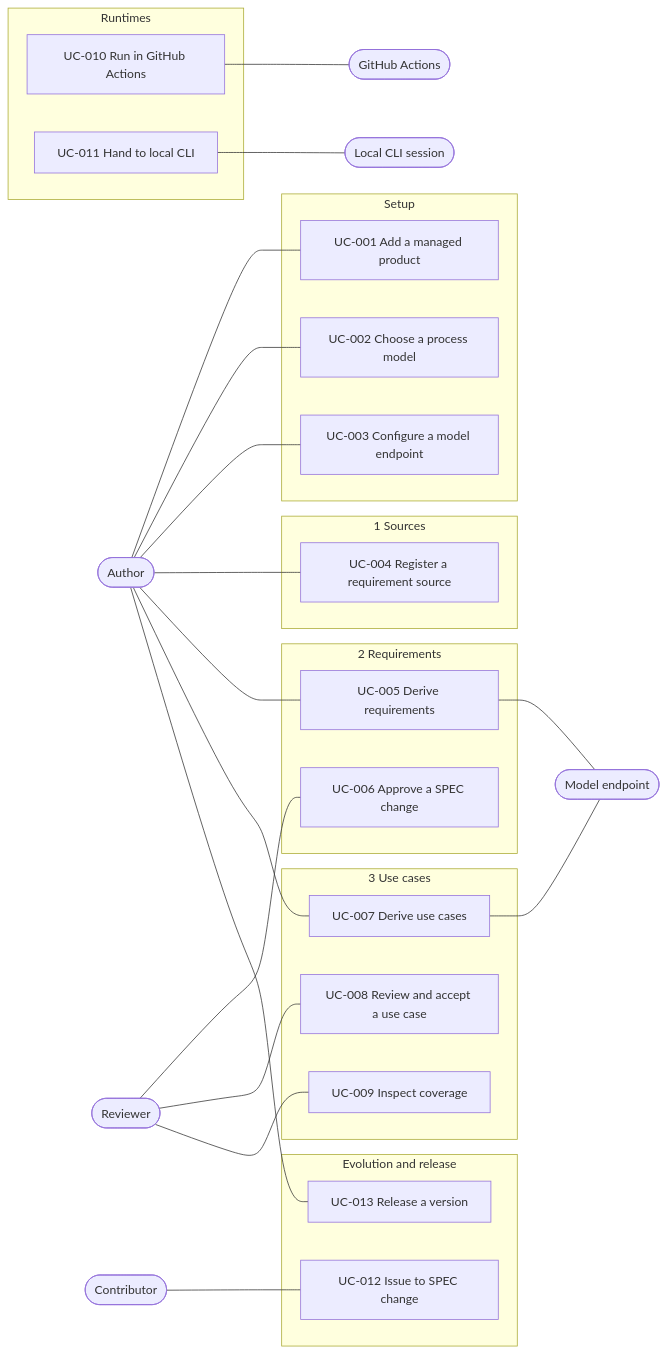
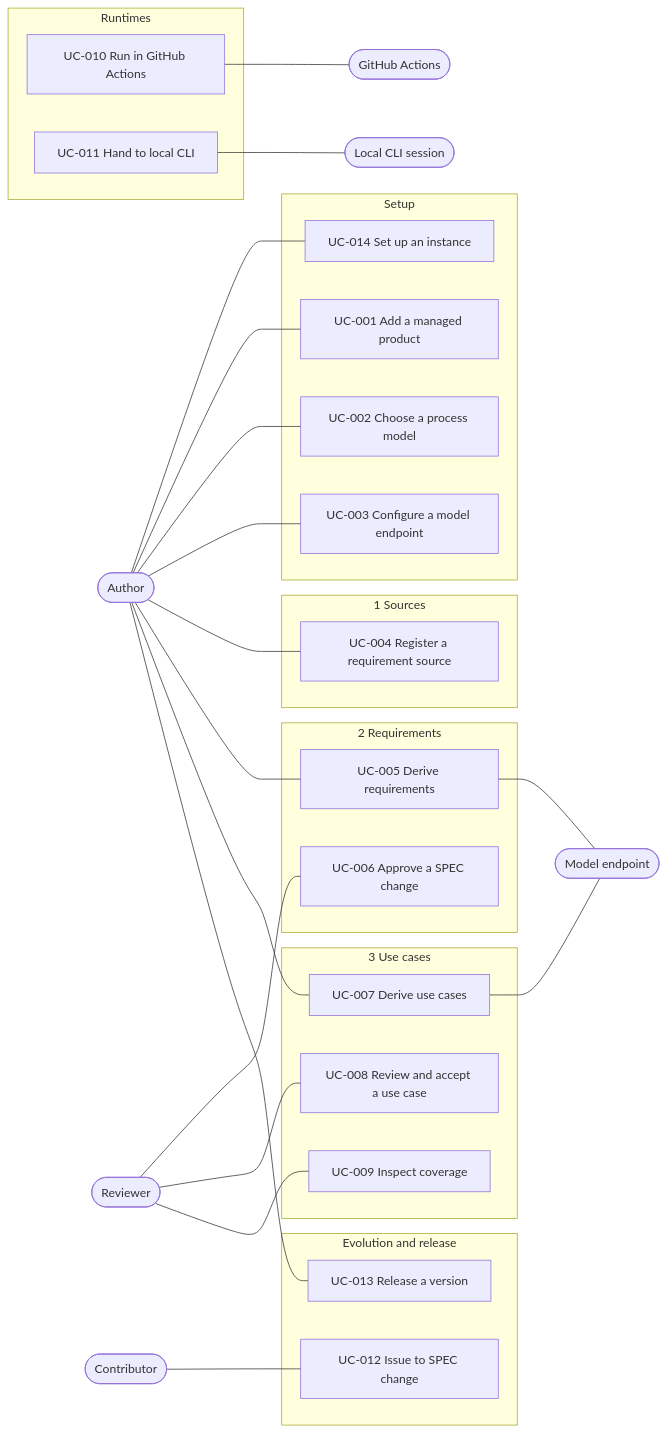
The diagram in docs/use-cases/README.md (akmaier/agent-m), drawn with Mermaid before and after one commit. The commit also changed other lines of this file and 3 other files, not shown here.

First line of the commit message:
docs(use-cases): dashboard stays in the instance; UC-001 token flow; UC-014 set up an instance

````diff
--- a/docs/use-cases/README.md
+++ b/docs/use-cases/README.md
@@ -9,42 +10,43 @@
 ```mermaid
 flowchart LR
     Author([Author])
     Reviewer([Reviewer])
     Contributor([Contributor])
     Endpoint([Model endpoint])
     Actions([GitHub Actions])
     CLI([Local CLI session])
 
     subgraph setup [Setup]
         UC001[UC-001 Add a managed product]
         UC002[UC-002 Choose a process model]
         UC003[UC-003 Configure a model endpoint]
+        UC014[UC-014 Set up an instance]
     end
     subgraph s1 [1 Sources]
         UC004[UC-004 Register a requirement source]
     end
     subgraph s2 [2 Requirements]
         UC005[UC-005 Derive requirements]
         UC006[UC-006 Approve a SPEC change]
     end
     subgraph s3 [3 Use cases]
         UC007[UC-007 Derive use cases]
         UC008[UC-008 Review and accept a use case]
         UC009[UC-009 Inspect coverage]
     end
     subgraph rt [Runtimes]
         UC010[UC-010 Run in GitHub Actions]
         UC011[UC-011 Hand to local CLI]
     end
     subgraph evo [Evolution and release]
         UC012[UC-012 Issue to SPEC change]
         UC013[UC-013 Release a version]
     end
 
-    Author --- UC001 & UC002 & UC003 & UC004 & UC005 & UC007 & UC013
+    Author --- UC014 & UC001 & UC002 & UC003 & UC004 & UC005 & UC007 & UC013
     Reviewer --- UC006 & UC008 & UC009
     Contributor --- UC012
     UC005 & UC007 --- Endpoint
     UC010 --- Actions
     UC011 --- CLI
 ```
````
